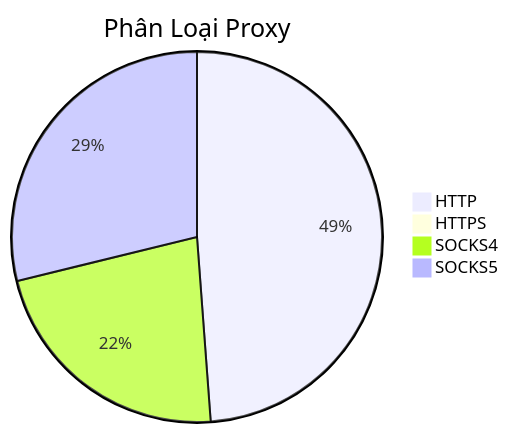
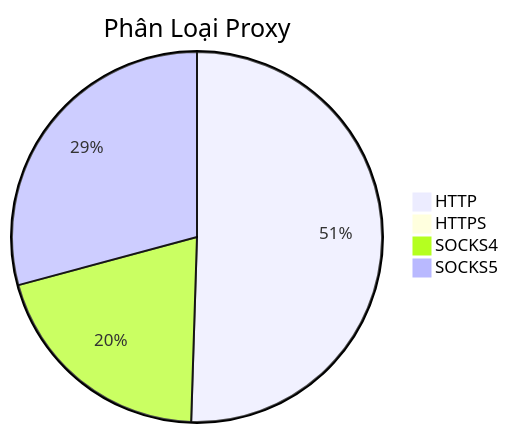
Before and after one commit to Ciara-12/PROXY-free: the diagram in README.md, drawn with Mermaid. The commit also changed other lines of this file and 4 other files, not shown here.

````diff
--- a/README.md
+++ b/README.md
@@ -26,7 +26,7 @@
 ```mermaid
 pie title Phân Loại Proxy
-    "HTTP" : 537
-    "HTTPS" : 1
-    "SOCKS4" : 246
-    "SOCKS5" : 317
+    "HTTP" : 654
+    "HTTPS" : 0
+    "SOCKS4" : 263
+    "SOCKS5" : 378
 ```
````
